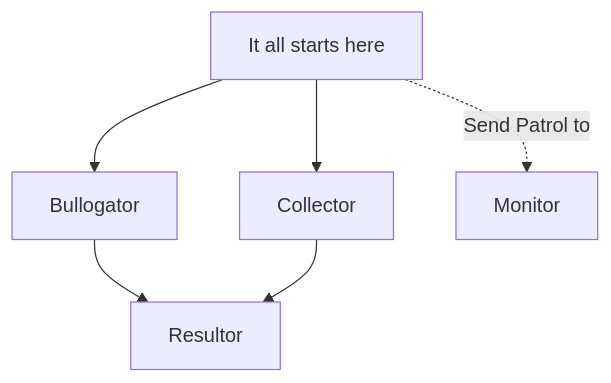
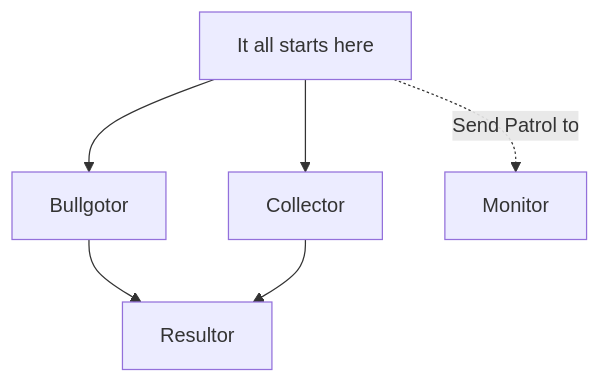
One commit to dbj-systems/kb changed the first of 3 diagrams in content/basics/diagrams.md. Above: the diagram before and after it, drawn with Mermaid. The commit also changed other lines of this file and 128 other files, not shown here.

````diff
--- a/content/basics/diagrams.md
+++ b/content/basics/diagrams.md
@@ -11,8 +51,8 @@
 ```mermaid
 graph TD;
-    A[It all starts here]-->Bullogator;
+    A[It all starts here]-->Bullgotor;
     A-->Collector;
 	A-.->|Send Patrol to|Monitor;
-    Bullogator-->Resultor;
+    Bullgotor-->Resultor;
     Collector-->Resultor;
 ```
````
